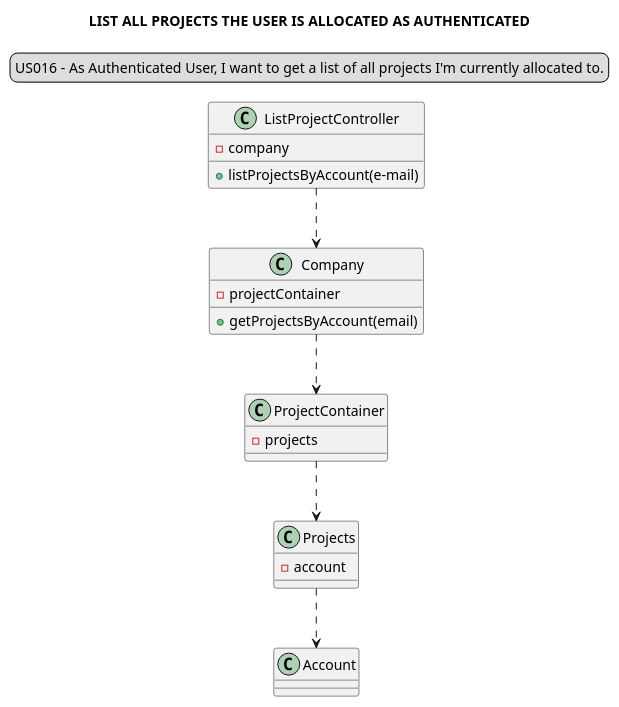
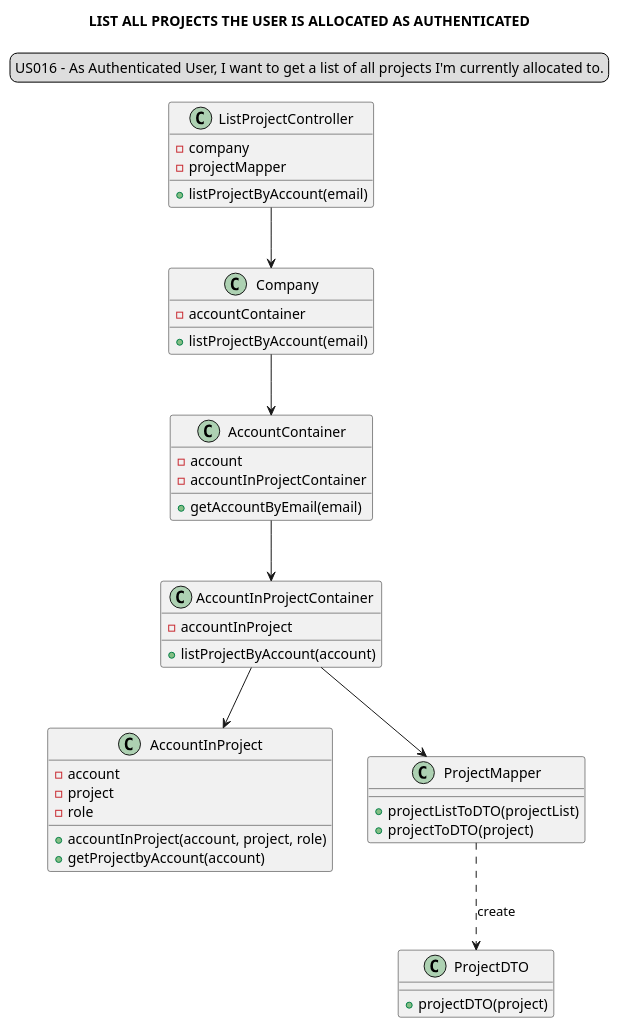
Before and after one commit to Loracline/project_switch_22-23: the diagram in docs/modelling_design/user_stories/us016/US016_classDiagram.puml, drawn with PlantUML. The commit also changed 1 other file, not shown here.

Commit message:
US 016: design: completed class and sequence diagram

```diff
--- a/docs/modelling_design/user_stories/us016/US016_classDiagram.puml
+++ b/docs/modelling_design/user_stories/us016/US016_classDiagram.puml
@@ -1,34 +1,55 @@
 @startuml
 'https://plantuml.com/sequence-diagram
 
 legend top
 US016 - As Authenticated User, I want to get a list of all projects I'm currently allocated to.
 end legend
 skinparam sequenceMessageAlign center
 title LIST ALL PROJECTS THE USER IS ALLOCATED AS AUTHENTICATED
 
 class "ListProjectController" {
 - company
-+ listProjectsByAccount(e-mail)
+- projectMapper
++ listProjectByAccount(email)
 }
 class "Company" {
-- projectContainer
-+ getProjectsByAccount(email)
+- accountContainer
++ listProjectByAccount(email)
 }
-class "ProjectContainer" {
--projects
+class "AccountContainer"{
+- account
+- accountInProjectContainer
++ getAccountByEmail(email)
 
 }
-class "Projects" {
+class "AccountInProjectContainer"{
+- accountInProject
++ listProjectByAccount(account)
+}
+
+class "AccountInProject"{
 - account
+- project
+-role
++ accountInProject(account, project, role)
++ getProjectbyAccount(account)
+}
 
+class "ProjectMapper"{
++projectListToDTO(projectList)
++projectToDTO(project)
 }
-class "Account" {
 
+class "ProjectDTO"{
++projectDTO(project)
 }
-"ListProjectController"..>"Company"
-"Company"..>"ProjectContainer"
-"ProjectContainer"..>"Projects"
-"Projects"..>"Account"
+
+"ListProjectController"-->"Company"
+"Company"-->"AccountContainer"
+"AccountContainer"--> "AccountInProjectContainer"
+"AccountInProjectContainer"--> "AccountInProject"
+"AccountInProjectContainer"--> "ProjectMapper"
+"ProjectMapper"..> "ProjectDTO" : create
+
 
 @enduml
```
